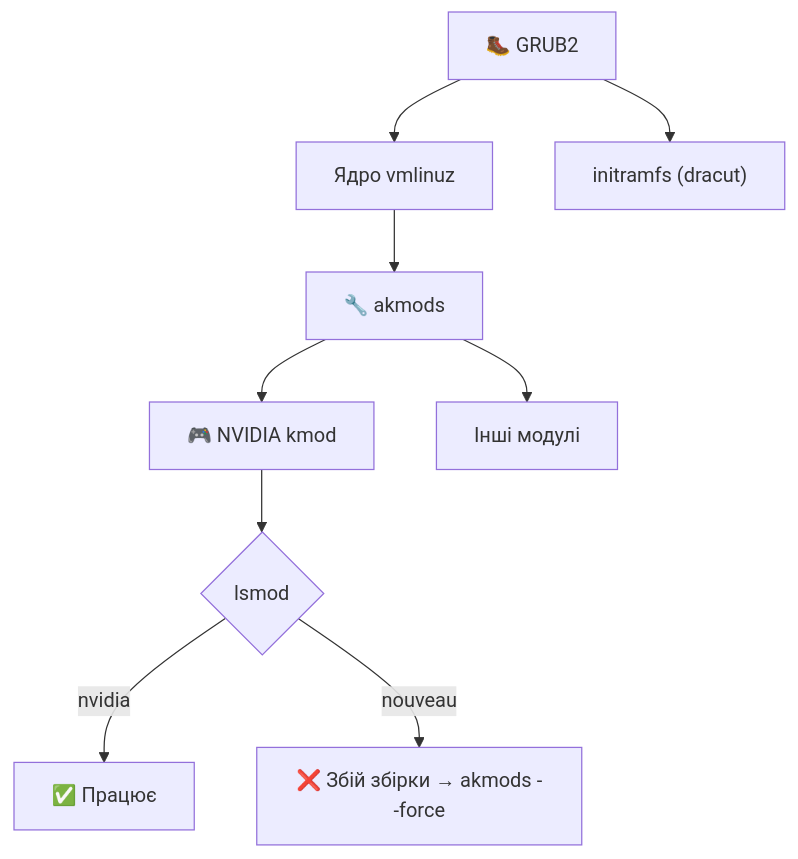
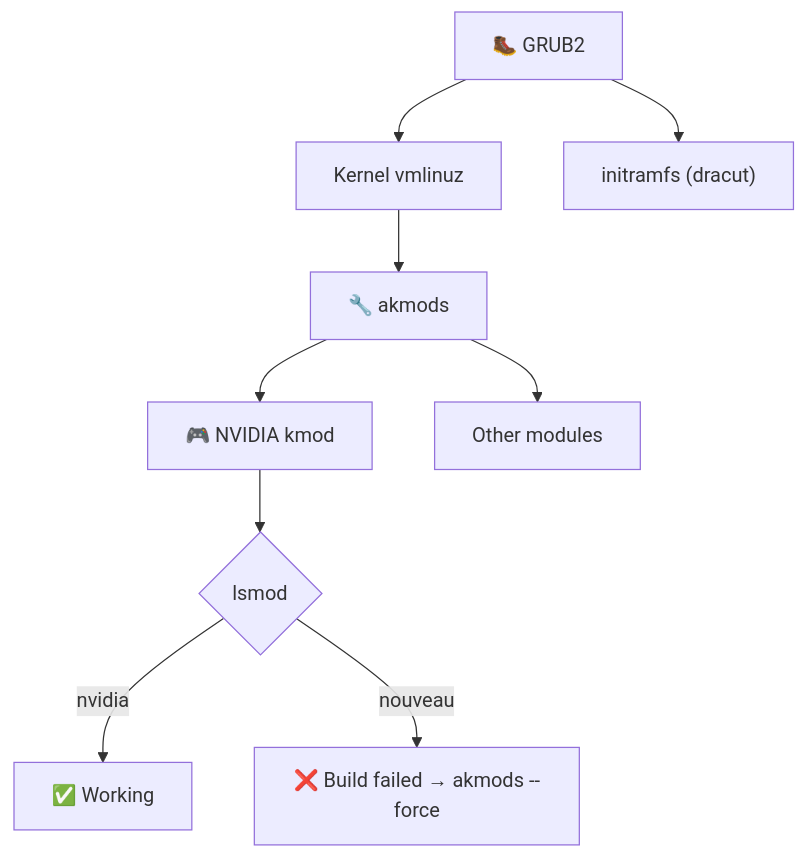
The sixth of 13 diagrams in commands.md (andriyevski/python-learning-portfolio), drawn with Mermaid before and after one commit. The commit also changed other lines of this file and 3 other files, not shown here.

````diff
--- a/commands.md
+++ b/commands.md
@@ -308,11 +313,11 @@
 ```mermaid
 graph TD
-    G["🥾 GRUB2"] --> K["Ядро vmlinuz"]
+    G["🥾 GRUB2"] --> K["Kernel vmlinuz"]
     G --> I["initramfs (dracut)"]
     K --> A["🔧 akmods"]
     A --> N["🎮 NVIDIA kmod"]
-    A --> O["Інші модулі"]
+    A --> O["Other modules"]
     N --> X{"lsmod"}
-    X -->|"nvidia"| OK["✅ Працює"]
-    X -->|"nouveau"| BAD["❌ Збій збірки → akmods --force"]
+    X -->|"nvidia"| OK["✅ Working"]
+    X -->|"nouveau"| BAD["❌ Build failed → akmods --force"]
 ```
````
